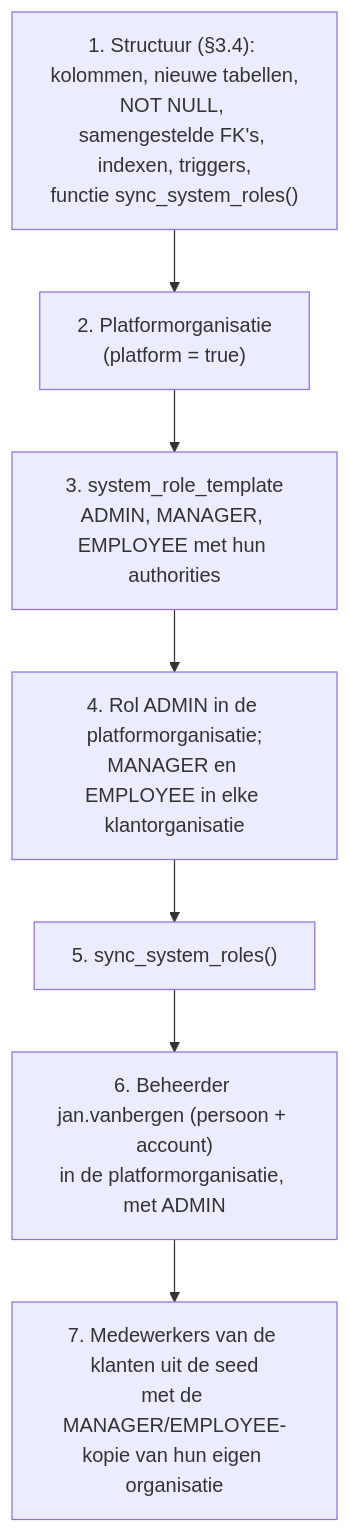
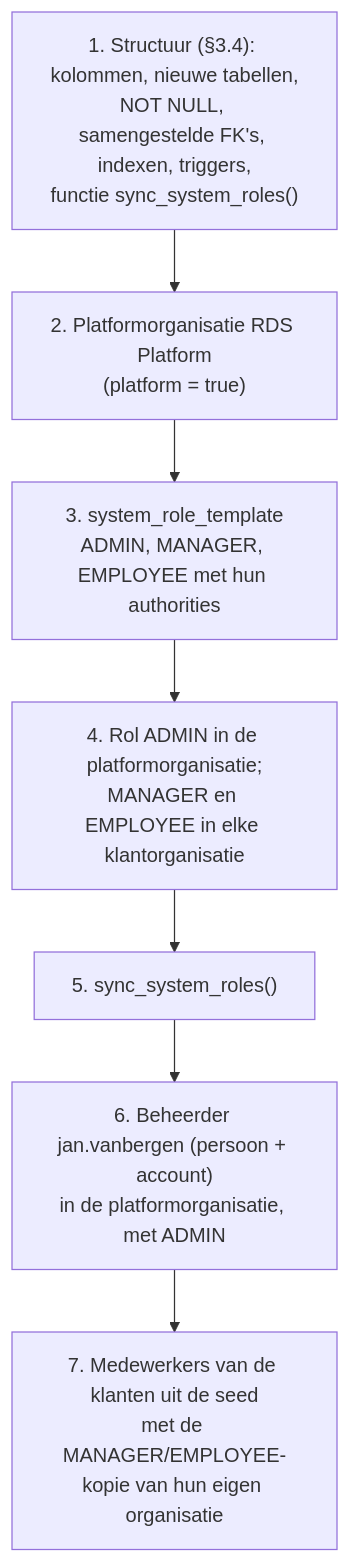
Before and after one commit to kbosma/rds: the fifth of 12 diagrams in docs/voorstel-eigen-rollen.md, drawn with Mermaid. The commit also changed other lines of this file and 1 other file, not shown here.

Commit message:
docs: besluiten op de open vragen verwerkt in het voorstel eigen rollen (rechtenlogboek, laatste MANAGER, nieuwe rechten, RDS Platform)

````diff
--- a/docs/voorstel-eigen-rollen.md
+++ b/docs/voorstel-eigen-rollen.md
@@ -228,9 +230,9 @@
 ```mermaid
 flowchart TD
-    A["1. Structuur (§3.4): kolommen, nieuwe tabellen,<br/>NOT NULL, samengestelde FK's, indexen, triggers,<br/>functie sync_system_roles()"] --> B["2. Platformorganisatie<br/>(platform = true)"]
+    A["1. Structuur (§3.4): kolommen, nieuwe tabellen,<br/>NOT NULL, samengestelde FK's, indexen, triggers,<br/>functie sync_system_roles()"] --> B["2. Platformorganisatie RDS Platform<br/>(platform = true)"]
     B --> C["3. system_role_template<br/>ADMIN, MANAGER, EMPLOYEE met hun authorities"]
     C --> D["4. Rol ADMIN in de platformorganisatie;<br/>MANAGER en EMPLOYEE in elke klantorganisatie"]
     D --> E["5. sync_system_roles()"]
     E --> F["6. Beheerder jan.vanbergen (persoon + account)<br/>in de platformorganisatie, met ADMIN"]
     F --> G["7. Medewerkers van de klanten uit de seed<br/>met de MANAGER/EMPLOYEE-kopie van hun eigen organisatie"]
 ```
````
